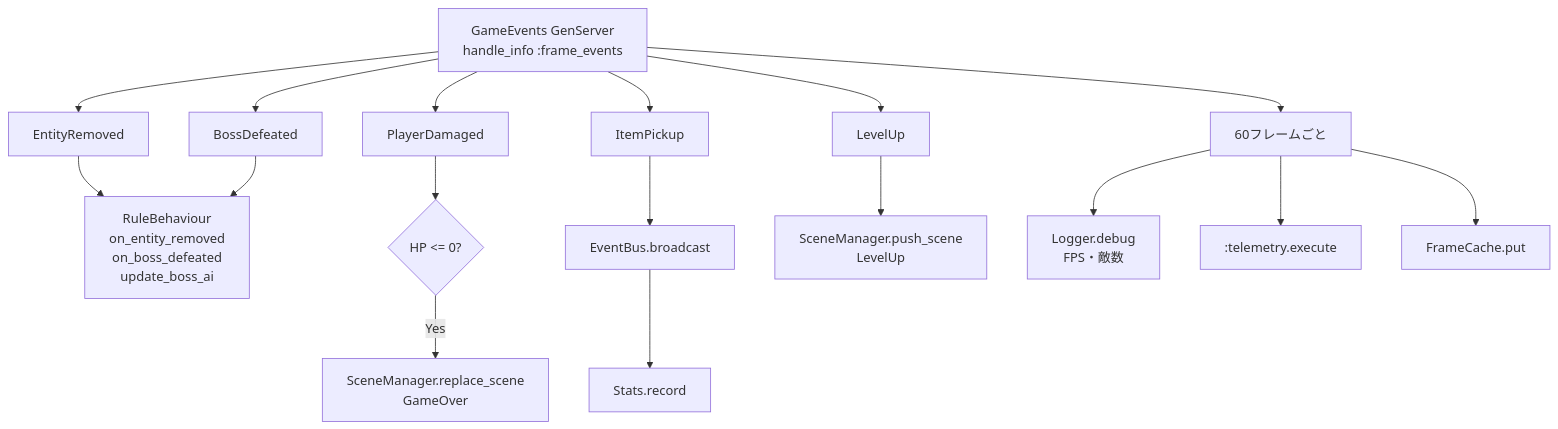
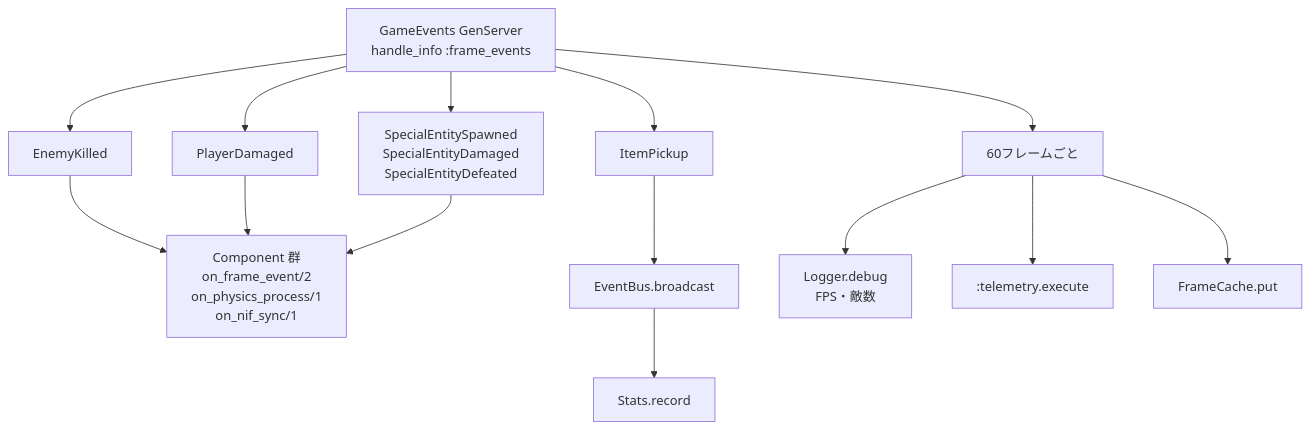
The third of 12 diagrams in docs/data-flow.md (FRICK-ELDY/alchemy-engine), drawn with Mermaid before and after one commit. The commit also changed other lines of this file and 4 other files, not shown here.

First line of the commit message:
docs: ContentBehaviour/Component 設計への移行を全ドキュメントに反映

````diff
--- a/docs/data-flow.md
+++ b/docs/data-flow.md
@@ -71,30 +68,24 @@
 ```mermaid
 flowchart TD
     GEV[GameEvents GenServer\nhandle_info :frame_events]
-    ER[EntityRemoved]
+    EK[EnemyKilled]
     PD[PlayerDamaged]
-    LU[LevelUp]
-    BD[BossDefeated]
+    SE[SpecialEntitySpawned\nSpecialEntityDamaged\nSpecialEntityDefeated]
     IP[ItemPickup]
     PER[60フレームごと]
 
-    RULE[RuleBehaviour\non_entity_removed\non_boss_defeated\nupdate_boss_ai]
+    COMP[Component 群\non_frame_event/2\non_physics_process/1\non_nif_sync/1]
     EB[EventBus.broadcast]
     ST[Stats.record]
-    HC{HP <= 0?}
-    GO[SceneManager.replace_scene\nGameOver]
-    LS[SceneManager.push_scene\nLevelUp]
     LOG[Logger.debug\nFPS・敵数]
     TEL[:telemetry.execute]
     FC[FrameCache.put]
 
-    GEV --> ER --> RULE
-    GEV --> PD --> HC
-    HC -->|Yes| GO
-    GEV --> LU --> LS
-    GEV --> BD --> RULE
+    GEV --> EK --> COMP
+    GEV --> PD --> COMP
+    GEV --> SE --> COMP
     GEV --> IP --> EB --> ST
     GEV --> PER --> LOG
     PER --> TEL
     PER --> FC
 ```
````
